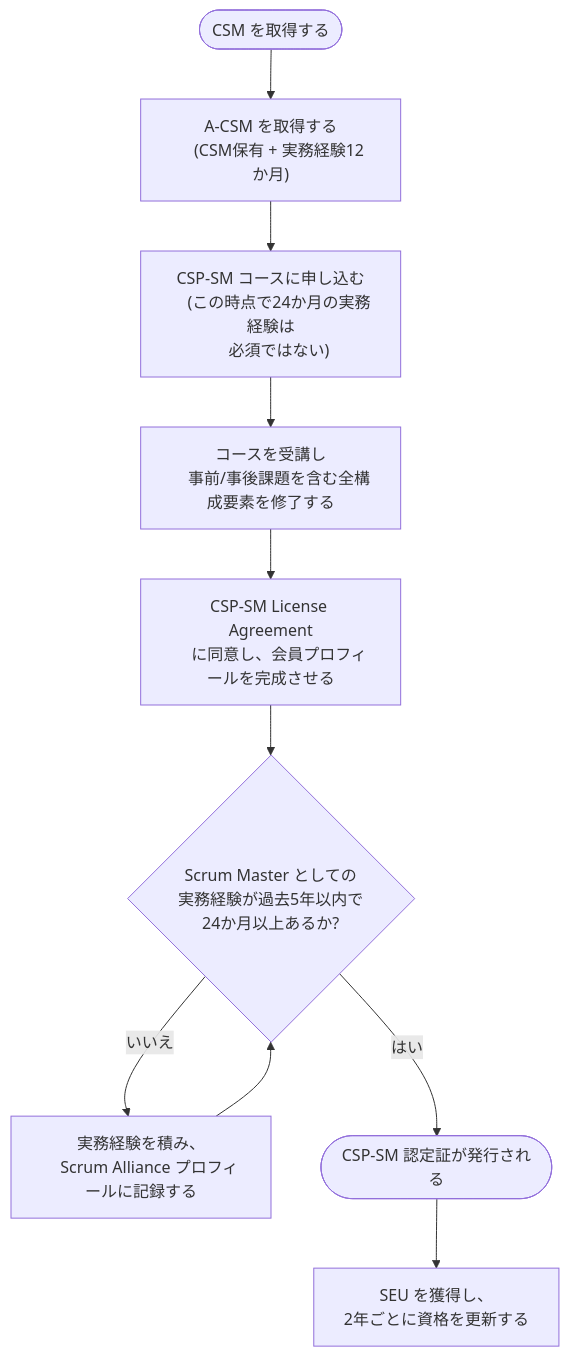
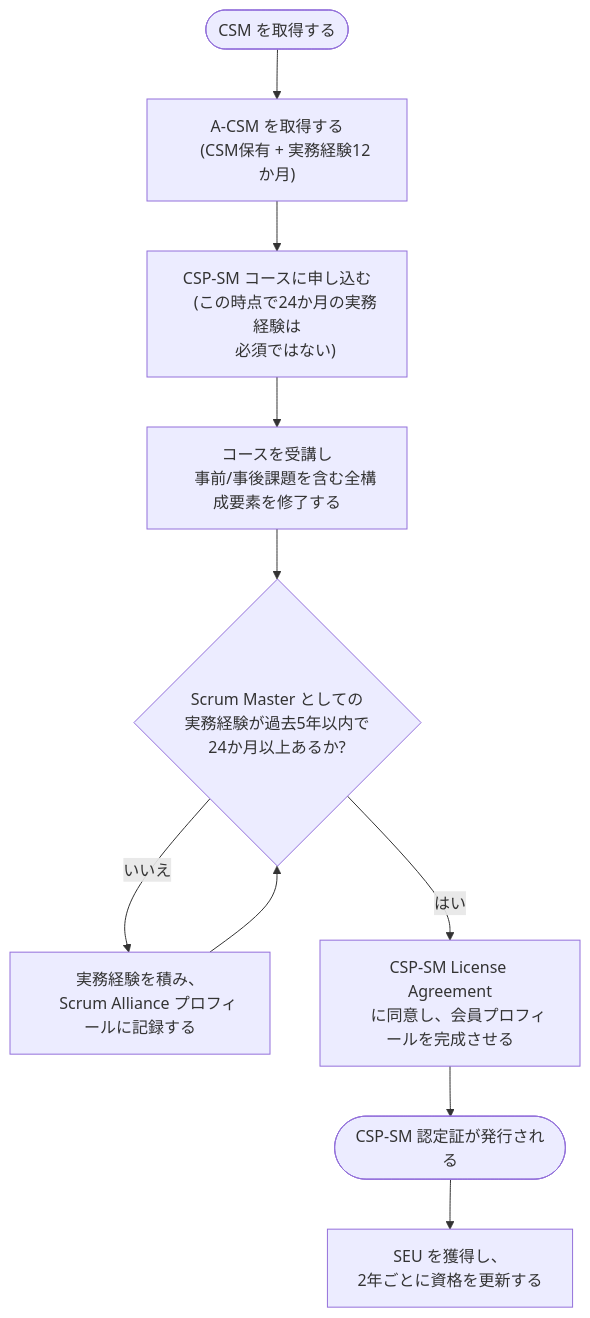
The second of 15 diagrams in Csp-sm-certified-scrum-professional-scrummaster-study-guide.md (myoshi2891/Management-Team-Building-Studies), drawn with Mermaid before and after one commit. The commit also changed other lines of this file, not shown here.

Commit message:
docs: CSP-SM 学習ガイドの技法解説・モデル説明および注記を更新

````diff
--- a/Csp-sm-certified-scrum-professional-scrummaster-study-guide.md
+++ b/Csp-sm-certified-scrum-professional-scrummaster-study-guide.md
@@ -118,21 +107,21 @@
 ```mermaid
 flowchart TD
     Start(["CSM を取得する"]) --> ACSM["A-CSM を取得する
     (CSM保有 + 実務経験12か月)"]
     ACSM --> Enroll["CSP-SM コースに申し込む
     (この時点で24か月の実務経験は
     必須ではない)"]
     Enroll --> Course["コースを受講し
     事前/事後課題を含む全構成要素を修了する"]
-    Course --> License["CSP-SM License Agreement
-    に同意し、会員プロフィールを完成させる"]
-    License --> Exp{"Scrum Master としての
+    Course --> Exp{"Scrum Master としての
     実務経験が過去5年以内で
     24か月以上あるか?"}
     Exp -- いいえ --> Wait["実務経験を積み、
     Scrum Alliance プロフィールに記録する"]
     Wait --> Exp
-    Exp -- はい --> Cert(["CSP-SM 認定証が発行される"])
+    Exp -- はい --> License["CSP-SM License Agreement
+    に同意し、会員プロフィールを完成させる"]
+    License --> Cert(["CSP-SM 認定証が発行される"])
     Cert --> Maintain["SEU を獲得し、
     2年ごとに資格を更新する"]
 ```
````
